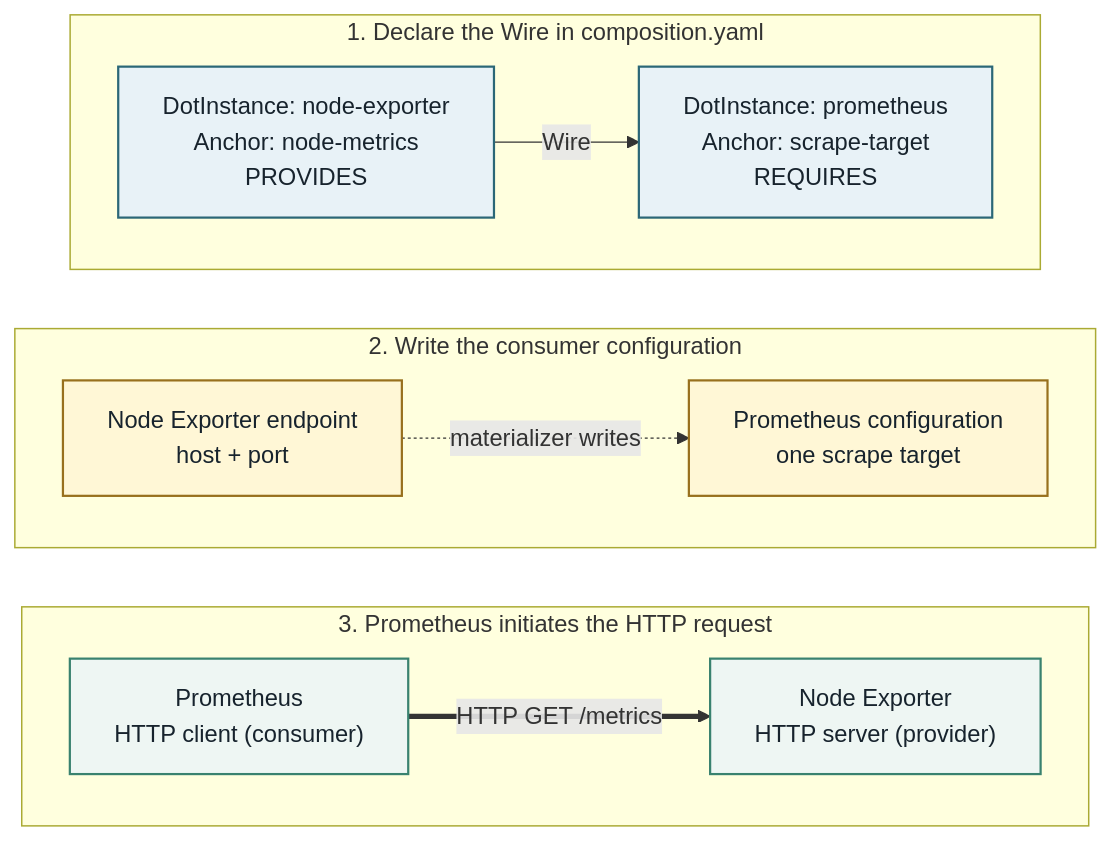
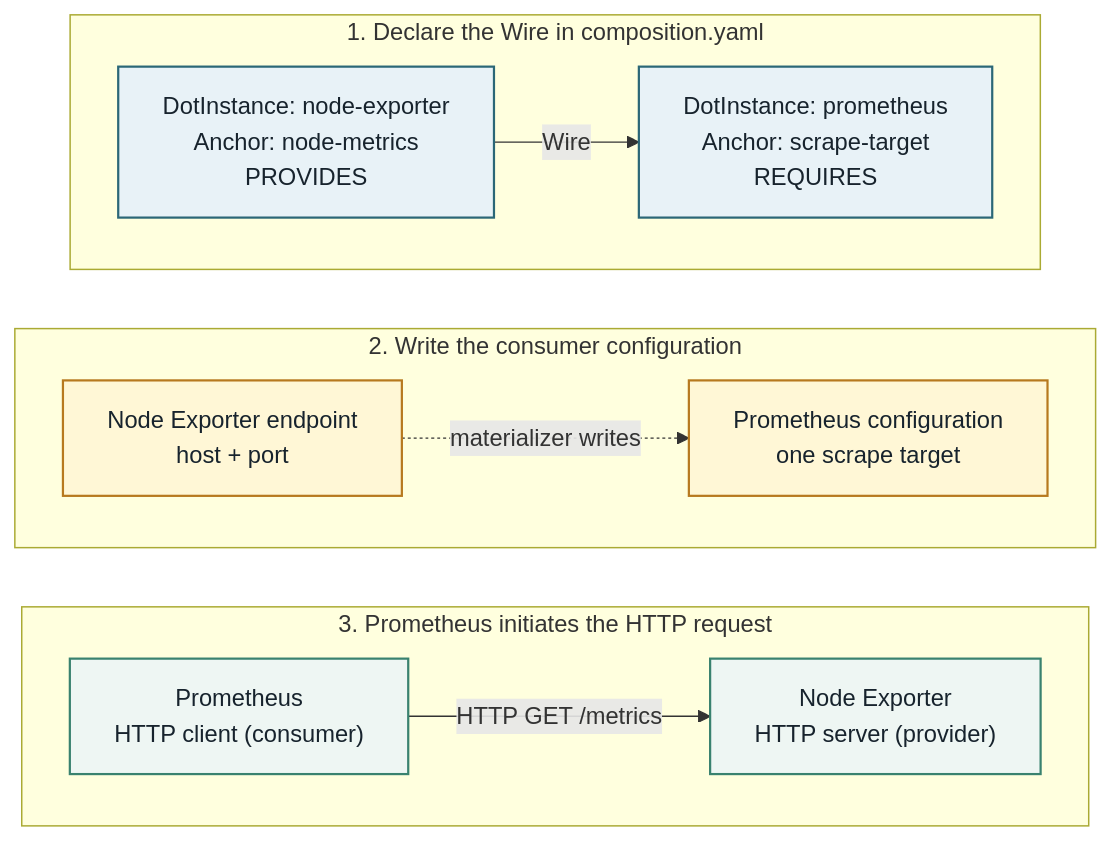
Before and after one commit to MARE-EU-Project/DOT-Docs: the diagram in DOT-Design/next/dot-design/_attachments/diagrams/tutorial-wiring.mmd, drawn with Mermaid. The commit also changed 43 other files, not shown here.

```diff
--- a/DOT-Design/next/dot-design/_attachments/diagrams/tutorial-wiring.mmd
+++ b/DOT-Design/next/dot-design/_attachments/diagrams/tutorial-wiring.mmd
@@ -1,35 +1,35 @@
-%%{init: {"themeCSS": ".edgeLabel rect { opacity: 1 !important; }", "flowchart": {"wrappingWidth": 280, "rankSpacing": 40}}}%%
+%%{init: {"flowchart": {"wrappingWidth": 280, "rankSpacing": 40}}}%%
 flowchart TB
   accTitle: One monitoring connection, three views
   accDescr: The composition Wire connects Node Exporter's node-metrics Anchor, which provides the interface, to Prometheus's scrape-target Anchor, which requires it. A materializer writes the Node Exporter endpoint into Prometheus's scrape configuration. The runtime panel reads left to right from Prometheus, the HTTP client and consumer, to Node Exporter, the HTTP server and provider. The Wire connects provider to consumer; the HTTP request goes from consumer to provider.
 
   subgraph declaration["1. Declare the Wire in composition.yaml"]
     direction LR
     provides["DotInstance: node-exporter<br/>Anchor: node-metrics<br/>PROVIDES"]
     requires["DotInstance: prometheus<br/>Anchor: scrape-target<br/>REQUIRES"]
     provides -->|"Wire"| requires
   end
 
   subgraph configuration["2. Write the consumer configuration"]
     direction LR
     endpoint["Node Exporter endpoint<br/>host + port"]
     target["Prometheus configuration<br/>one scrape target"]
     endpoint -.->|"materializer writes"| target
   end
 
   subgraph runtime["3. Prometheus initiates the HTTP request"]
     direction LR
     prometheus["Prometheus<br/>HTTP client (consumer)"]
     exporter["Node Exporter<br/>HTTP server (provider)"]
-    prometheus ==>|"HTTP GET /metrics"| exporter
+    prometheus -->|"HTTP GET /metrics"| exporter
   end
 
   declaration ~~~ configuration
   configuration ~~~ runtime
 
   classDef declared fill:#e8f2f7,stroke:#2b6777,color:#17232d,stroke-width:1.5px;
-  classDef configured fill:#fff7d6,stroke:#98701d,color:#17232d,stroke-width:1.5px;
+  classDef configured fill:#fff7d6,stroke:#b7791f,color:#17232d,stroke-width:1.5px;
   classDef running fill:#eef6f3,stroke:#39826f,color:#17232d,stroke-width:1.5px;
   class provides,requires declared;
   class endpoint,target configured;
   class prometheus,exporter running;
```
